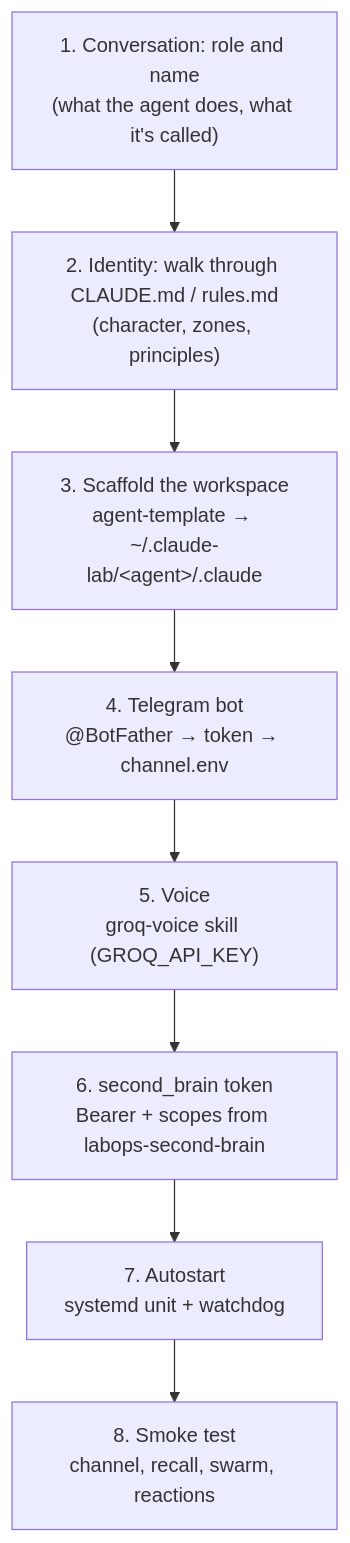
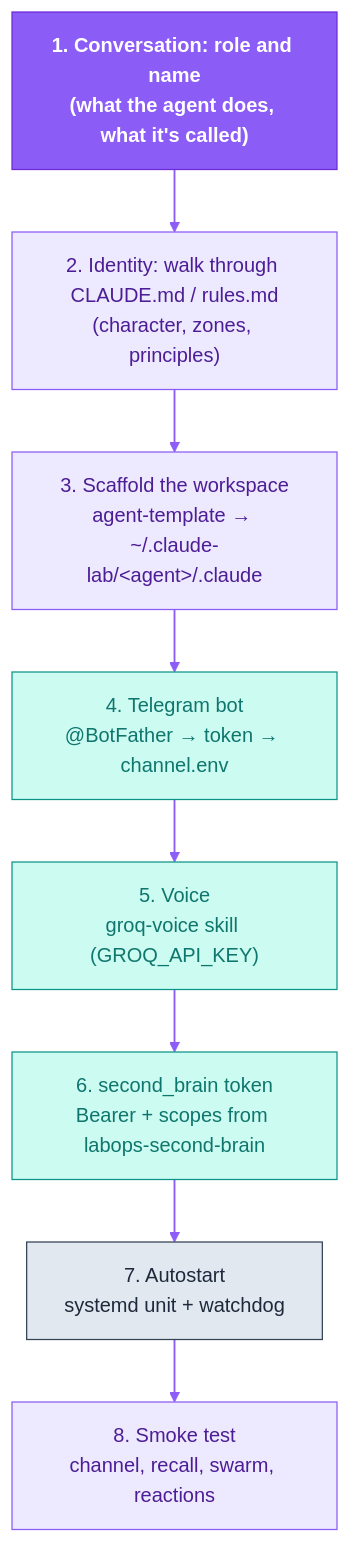
The fourth of 4 diagrams in README.md (dediukhinpa/labops-agent-architecture), drawn with Mermaid before and after one commit. The commit also changed other lines of this file and 1 other file, not shown here.

First line of the commit message:
docs: brand-styled diagrams + GitHub alert callouts (EN+RU)

````diff
--- a/README.md
+++ b/README.md
@@ -251,12 +281,21 @@
 ```mermaid
+%%{init: {'theme':'base','themeVariables':{'primaryColor':'#EDE9FE','primaryTextColor':'#4C1D95','primaryBorderColor':'#8B5CF6','lineColor':'#8B5CF6','secondaryColor':'#F1F5F9','tertiaryColor':'#ffffff','fontFamily':'Helvetica,Arial,sans-serif'}}}%%
 flowchart TD
   S1["1. Conversation: role and name<br/>(what the agent does, what it's called)"]
   S2["2. Identity: walk through CLAUDE.md / rules.md<br/>(character, zones, principles)"]
   S3["3. Scaffold the workspace<br/>agent-template → ~/.claude-lab/&lt;agent&gt;/.claude"]
   S4["4. Telegram bot<br/>@BotFather → token → channel.env"]
   S5["5. Voice<br/>groq-voice skill (GROQ_API_KEY)"]
   S6["6. second_brain token<br/>Bearer + scopes from labops-second-brain"]
   S7["7. Autostart<br/>systemd unit + watchdog"]
   S8["8. Smoke test<br/>channel, recall, swarm, reactions"]
   S1 --> S2 --> S3 --> S4 --> S5 --> S6 --> S7 --> S8
+  classDef brand fill:#8B5CF6,stroke:#6D28D9,color:#ffffff,font-weight:bold
+  classDef ext fill:#CCFBF1,stroke:#0D9488,color:#0F766E
+  classDef store fill:#FEF3C7,stroke:#D97706,color:#92400E
+  classDef sys fill:#E2E8F0,stroke:#334155,color:#1E293B
+  linkStyle default stroke:#8B5CF6,stroke-width:1.5px
+  class S1 brand
+  class S4,S5,S6 ext
+  class S7 sys
 ```
````
